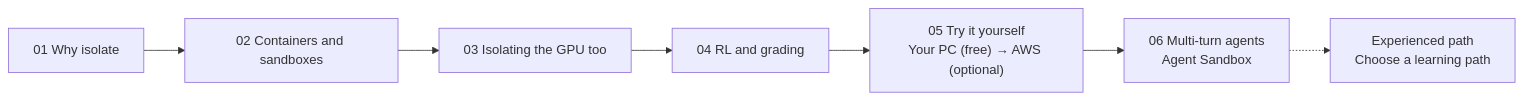
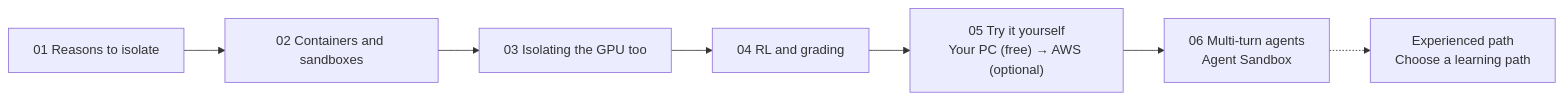
The diagram in docs/beginner/index.en.md (daekeun-ml/gpu-sandbox-on-aws), drawn with Mermaid before and after one commit. The commit also changed other lines of this file and 171 other files, not shown here.

````diff
--- a/docs/beginner/index.en.md
+++ b/docs/beginner/index.en.md
@@ -33,9 +32,9 @@
 ```mermaid
 flowchart LR
-    A["01 Why isolate"] --> B["02 Containers and sandboxes"]
+    A["01 Reasons to isolate"] --> B["02 Containers and sandboxes"]
     B --> C["03 Isolating the GPU too"]
     C --> D["04 RL and grading"]
     D --> E["05 Try it yourself<br/>Your PC (free) → AWS (optional)"]
     E --> G["06 Multi-turn agents<br/>Agent Sandbox"]
     G -.-> F["Experienced path<br/>Choose a learning path"]
 ```
````
